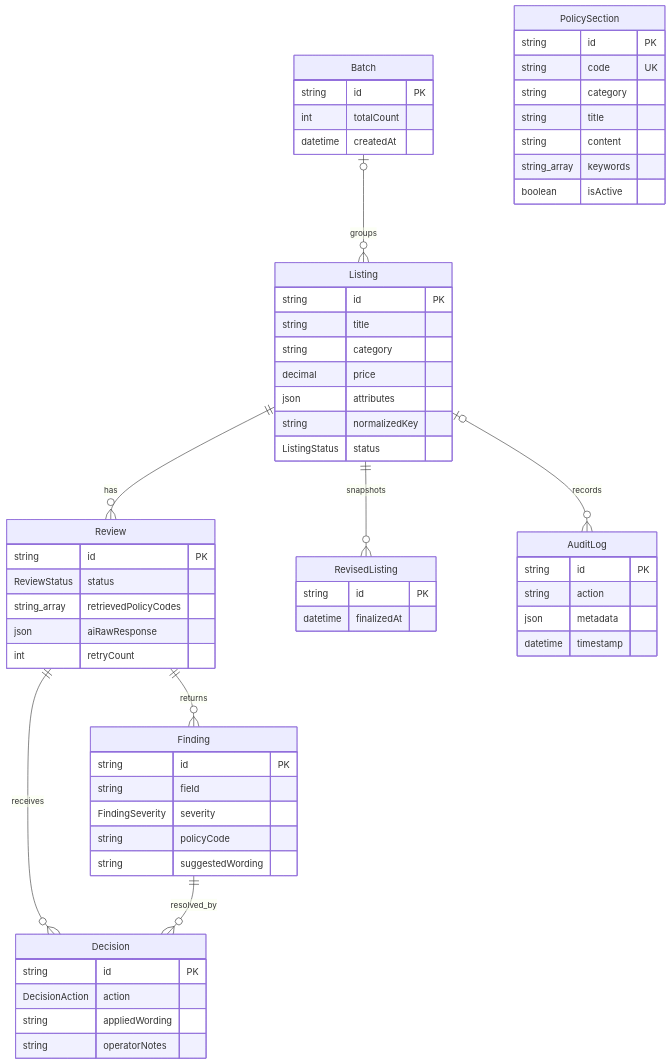
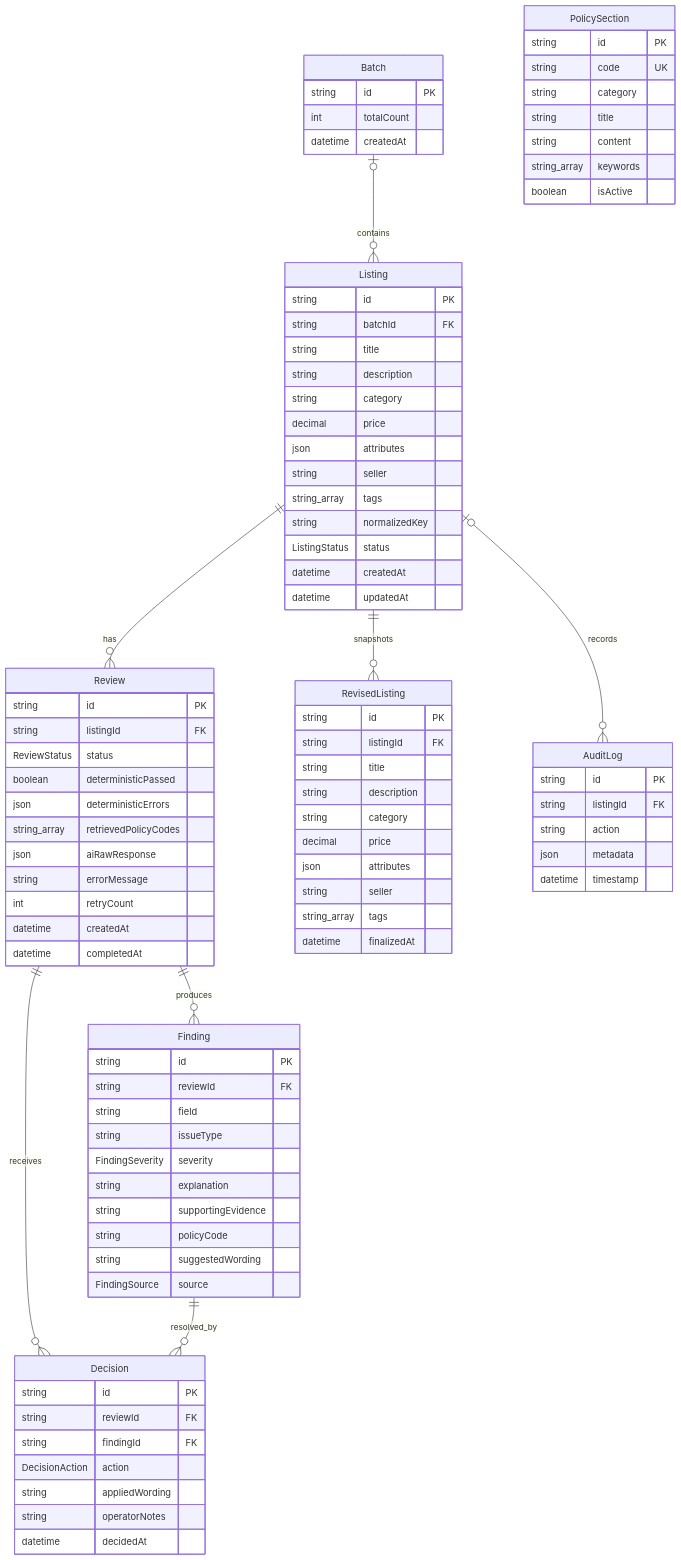
The seventh of 7 diagrams in README.md (ashwani-raj1/Aggroso), drawn with Mermaid before and after one commit. The commit also changed other lines of this file and 6 other files, not shown here.

Commit message:
docs: finalize workflows diagrams and screenshots

````diff
--- a/README.md
+++ b/README.md
@@ -257,63 +288,92 @@
 ```mermaid
 erDiagram
-    Batch o|--o{ Listing : groups
+    Batch o|--o{ Listing : contains
     Listing ||--o{ Review : has
     Listing ||--o{ RevisedListing : snapshots
     Listing o|--o{ AuditLog : records
-    Review ||--o{ Finding : returns
+    Review ||--o{ Finding : produces
     Review ||--o{ Decision : receives
     Finding ||--o{ Decision : resolved_by
     Batch {
-      string id PK
-      int totalCount
-      datetime createdAt
+        string id PK
+        int totalCount
+        datetime createdAt
     }
     Listing {
-      string id PK
-      string title
-      string category
-      decimal price
-      json attributes
-      string normalizedKey
-      ListingStatus status
+        string id PK
+        string batchId FK
+        string title
+        string description
+        string category
+        decimal price
+        json attributes
+        string seller
+        string_array tags
+        string normalizedKey
+        ListingStatus status
+        datetime createdAt
+        datetime updatedAt
     }
     Review {
-      string id PK
-      ReviewStatus status
-      string_array retrievedPolicyCodes
-      json aiRawResponse
-      int retryCount
+        string id PK
+        string listingId FK
+        ReviewStatus status
+        boolean deterministicPassed
+        json deterministicErrors
+        string_array retrievedPolicyCodes
+        json aiRawResponse
+        string errorMessage
+        int retryCount
+        datetime createdAt
+        datetime completedAt
     }
     Finding {
-      string id PK
-      string field
-      FindingSeverity severity
-      string policyCode
-      string suggestedWording
+        string id PK
+        string reviewId FK
+        string field
+        string issueType
+        FindingSeverity severity
+        string explanation
+        string supportingEvidence
+        string policyCode
+        string suggestedWording
+        FindingSource source
     }
     Decision {
-      string id PK
-      DecisionAction action
-      string appliedWording
-      string operatorNotes
+        string id PK
+        string reviewId FK
+        string findingId FK
+        DecisionAction action
+        string appliedWording
+        string operatorNotes
+        datetime decidedAt
     }
     RevisedListing {
-      string id PK
-      datetime finalizedAt
+        string id PK
+        string listingId FK
+        string title
+        string description
+        string category
+        decimal price
+        json attributes
+        string seller
+        string_array tags
+        datetime finalizedAt
     }
     AuditLog {
-      string id PK
-      string action
-      json metadata
-      datetime timestamp
+        string id PK
+        string listingId FK
+        string action
+        json metadata
+        datetime timestamp
     }
     PolicySection {
-      string id PK
-      string code UK
-      string category
-      string title
-      string content
-      string_array keywords
-      boolean isActive
+        string id PK
+        string code UK
+        string category
+        string title
+        string content
+        string_array keywords
+        boolean isActive
     }
 ```
````
